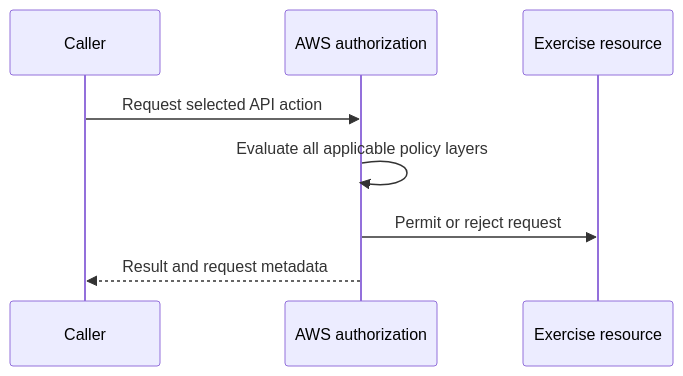
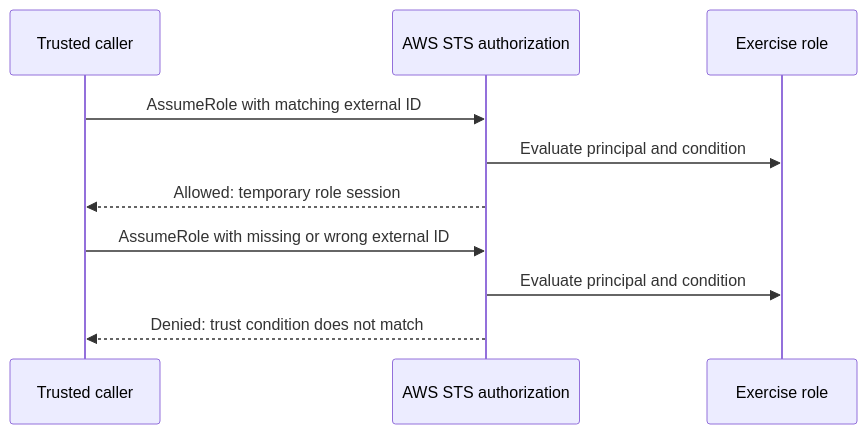
Before and after one commit to yduchesne/aws-security: the third of 3 diagrams in docs/lab/week2/exercise3/exercise3-instructions.md, drawn with Mermaid. The commit also changed other lines of this file and 13 other files, not shown here.

````diff
--- a/docs/lab/week2/exercise3/exercise3-instructions.md
+++ b/docs/lab/week2/exercise3/exercise3-instructions.md
@@ -233,10 +476,12 @@
 ```mermaid
 sequenceDiagram
-    participant C as Caller
-    participant AWS as AWS authorization
-    participant E as Exercise resource
-    C->>AWS: Request selected API action
-    AWS->>AWS: Evaluate all applicable policy layers
-    AWS->>E: Permit or reject request
-    AWS-->>C: Result and request metadata
+    participant C as Trusted caller
+    participant AWS as AWS STS authorization
+    participant R as Exercise role
+    C->>AWS: AssumeRole with matching external ID
+    AWS->>R: Evaluate principal and condition
+    AWS-->>C: Allowed: temporary role session
+    C->>AWS: AssumeRole with missing or wrong external ID
+    AWS->>R: Evaluate principal and condition
+    AWS-->>C: Denied: trust condition does not match
 ```
````
